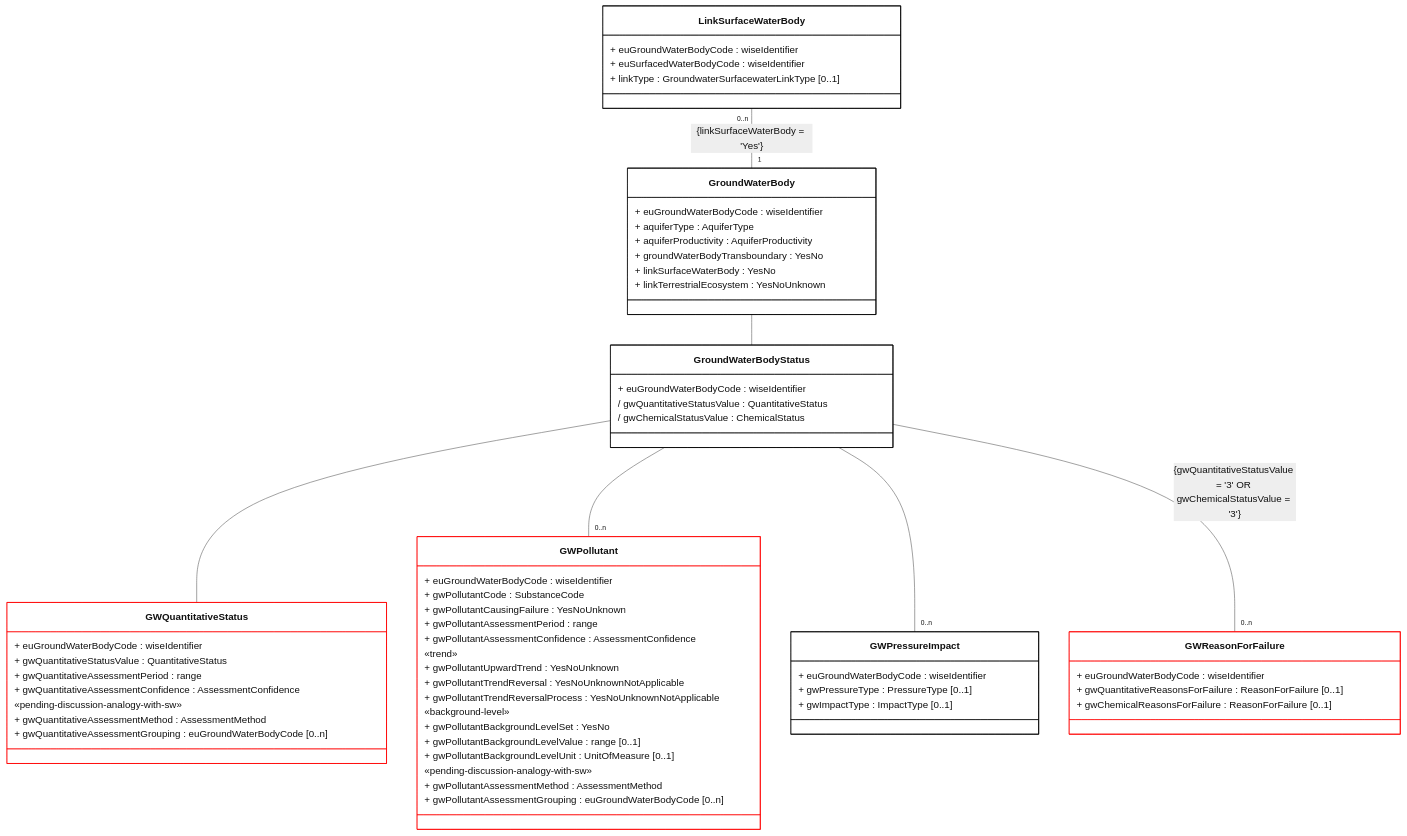
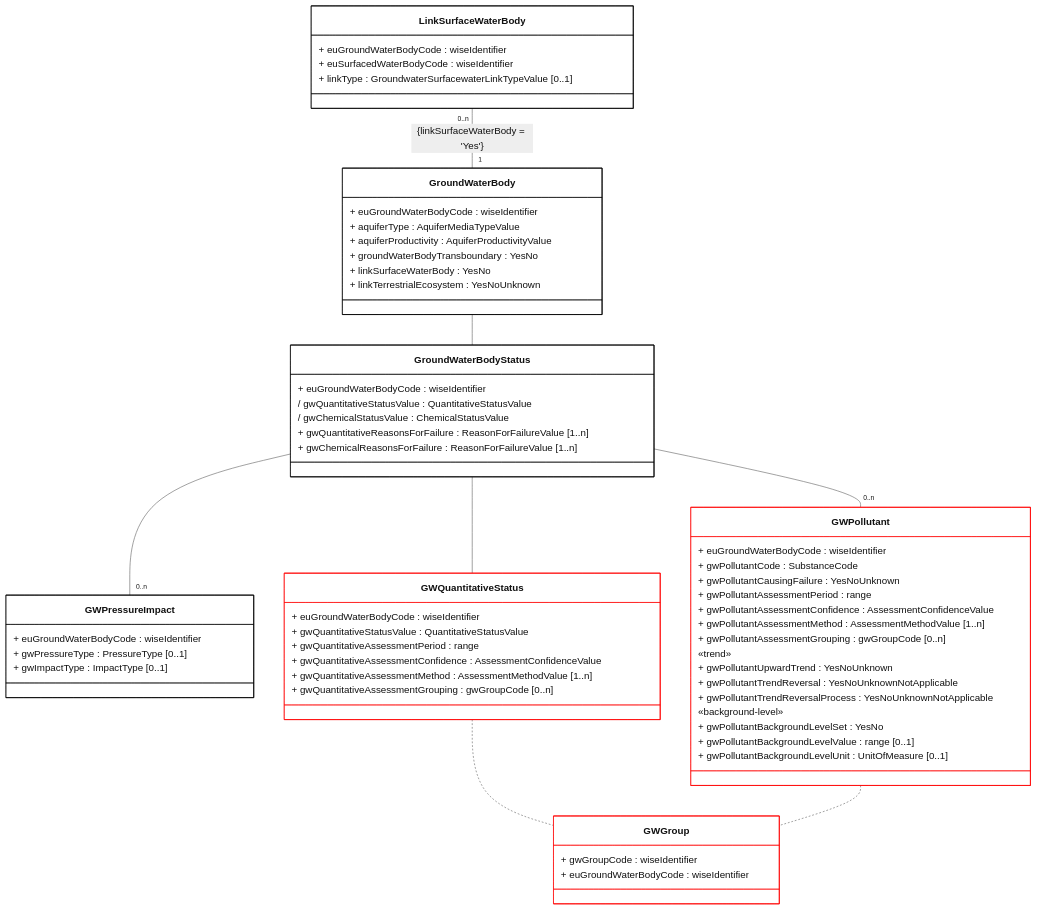
Before and after one commit to eeadata/WISE.WFD.Documentation: the diagram in docs/DataModelReview/mmd/Groundwater_DescriptiveData_4thCycle_ClassDiagram.mmd, drawn with Mermaid. The commit also changed 11 other files, not shown here.

Commit message:
Update to the groundwater schema

```diff
--- a/docs/DataModelReview/mmd/Groundwater_DescriptiveData_4thCycle_ClassDiagram.mmd
+++ b/docs/DataModelReview/mmd/Groundwater_DescriptiveData_4thCycle_ClassDiagram.mmd
@@ -1,88 +1,88 @@
 ---
 config:
   class:
     hideEmptyMembersBox: true
   layout: dagre
   theme: neutral
 ---
 classDiagram
 direction TB
 
 class LinkSurfaceWaterBody{
     + euGroundWaterBodyCode : wiseIdentifier
     + euSurfacedWaterBodyCode : wiseIdentifier
-    + linkType : GroundwaterSurfacewaterLinkType [0..1]
+    + linkType : GroundwaterSurfacewaterLinkTypeValue [0..1]
 }
 
 class GroundWaterBody{
     + euGroundWaterBodyCode : wiseIdentifier
-    + aquiferType : AquiferType
-    + aquiferProductivity : AquiferProductivity
+    + aquiferType : AquiferMediaTypeValue
+    + aquiferProductivity : AquiferProductivityValue
     + groundWaterBodyTransboundary : YesNo
     + linkSurfaceWaterBody : YesNo
     + linkTerrestrialEcosystem : YesNoUnknown
 }
 
 class GWPressureImpact{
     + euGroundWaterBodyCode : wiseIdentifier
     + gwPressureType : PressureType [0..1]
     + gwImpactType : ImpactType  [0..1]
 }
 
-class GWReasonForFailure:::forFixing{
-    + euGroundWaterBodyCode : wiseIdentifier
-    + gwQuantitativeReasonsForFailure : ReasonForFailure [0..1]
-    + gwChemicalReasonsForFailure : ReasonForFailure [0..1]
-}
 
 class GWQuantitativeStatus:::forFixing{
     + euGroundWaterBodyCode : wiseIdentifier
-    + gwQuantitativeStatusValue : QuantitativeStatus
+    + gwQuantitativeStatusValue : QuantitativeStatusValue
     + gwQuantitativeAssessmentPeriod : range
-    + gwQuantitativeAssessmentConfidence : AssessmentConfidence
-
-    «pending-discussion-analogy-with-sw»
-    + gwQuantitativeAssessmentMethod : AssessmentMethod 
-    + gwQuantitativeAssessmentGrouping : euGroundWaterBodyCode [0..n]
+    + gwQuantitativeAssessmentConfidence : AssessmentConfidenceValue
+    + gwQuantitativeAssessmentMethod : AssessmentMethodValue [1..n]
+    + gwQuantitativeAssessmentGrouping : gwGroupCode [0..n]
 }
 
 class GroundWaterBodyStatus{
     
     + euGroundWaterBodyCode : wiseIdentifier
-    / gwQuantitativeStatusValue : QuantitativeStatus
-    / gwChemicalStatusValue : ChemicalStatus
+    / gwQuantitativeStatusValue : QuantitativeStatusValue
+    / gwChemicalStatusValue : ChemicalStatusValue
+
+    + gwQuantitativeReasonsForFailure : ReasonForFailureValue [1..n]
+    + gwChemicalReasonsForFailure : ReasonForFailureValue [1..n]
 } 
 
 class GWPollutant:::forFixing{
     + euGroundWaterBodyCode : wiseIdentifier
     + gwPollutantCode : SubstanceCode
     + gwPollutantCausingFailure : YesNoUnknown
     + gwPollutantAssessmentPeriod : range
-    + gwPollutantAssessmentConfidence : AssessmentConfidence 
+    + gwPollutantAssessmentConfidence : AssessmentConfidenceValue 
+    + gwPollutantAssessmentMethod : AssessmentMethodValue [1..n]
+    + gwPollutantAssessmentGrouping : gwGroupCode [0..n]
 
     «trend»
     + gwPollutantUpwardTrend : YesNoUnknown
     + gwPollutantTrendReversal : YesNoUnknownNotApplicable
     + gwPollutantTrendReversalProcess : YesNoUnknownNotApplicable
 
     «background-level»
     + gwPollutantBackgroundLevelSet : YesNo
     + gwPollutantBackgroundLevelValue : range [0..1] 
     + gwPollutantBackgroundLevelUnit : UnitOfMeasure [0..1] 
+}
 
-    «pending-discussion-analogy-with-sw»
-    + gwPollutantAssessmentMethod : AssessmentMethod 
-    + gwPollutantAssessmentGrouping : euGroundWaterBodyCode [0..n]
+class GWGroup:::forFixing{
+    + gwGroupCode : wiseIdentifier
+    + euGroundWaterBodyCode : wiseIdentifier
 }
 
 GroundWaterBody -- GroundWaterBodyStatus    
 GroundWaterBodyStatus --  GWQuantitativeStatus
 GroundWaterBodyStatus -- "0..n" GWPollutant
 GroundWaterBodyStatus -- "0..n" GWPressureImpact
 
+GWQuantitativeStatus .. GWGroup
+GWPollutant .. GWGroup
+
 LinkSurfaceWaterBody "0..n" -- "1" GroundWaterBody : {linkSurfaceWaterBody = 'Yes'}
-
-GroundWaterBodyStatus -- "0..n" GWReasonForFailure : {gwQuantitativeStatusValue = '3' OR gwChemicalStatusValue = '3'}
 
 classDef default fill:white,stroke:#000;
 classDef forFixing fill:white,stroke:#f00;
```
